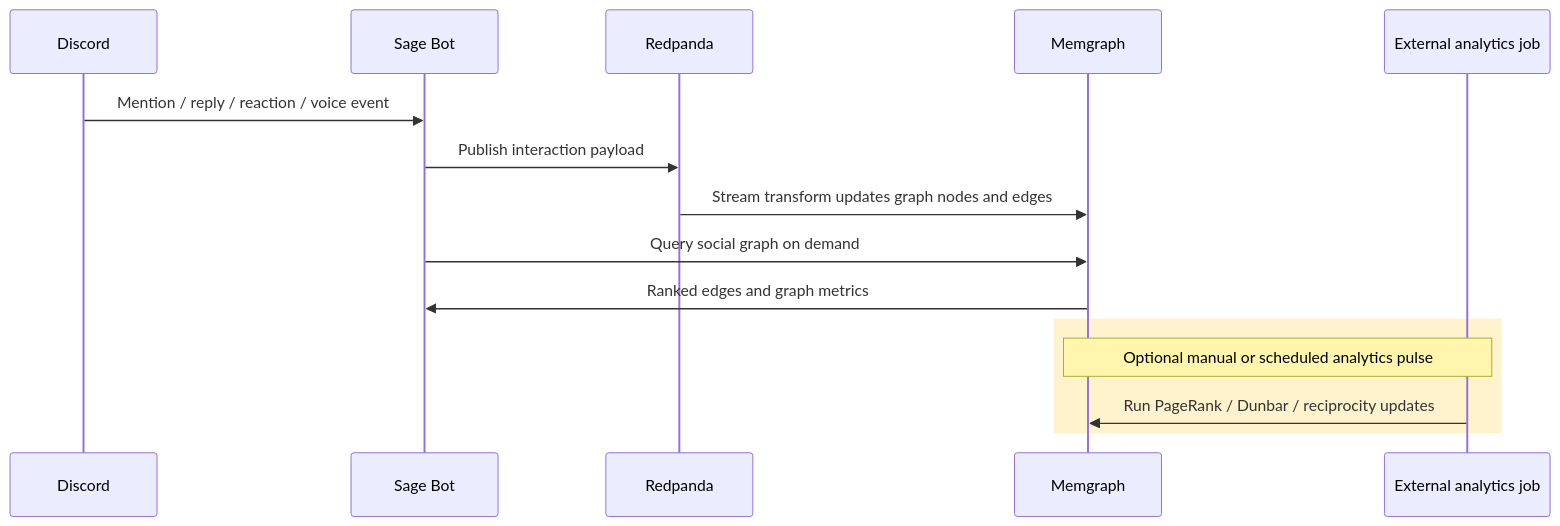
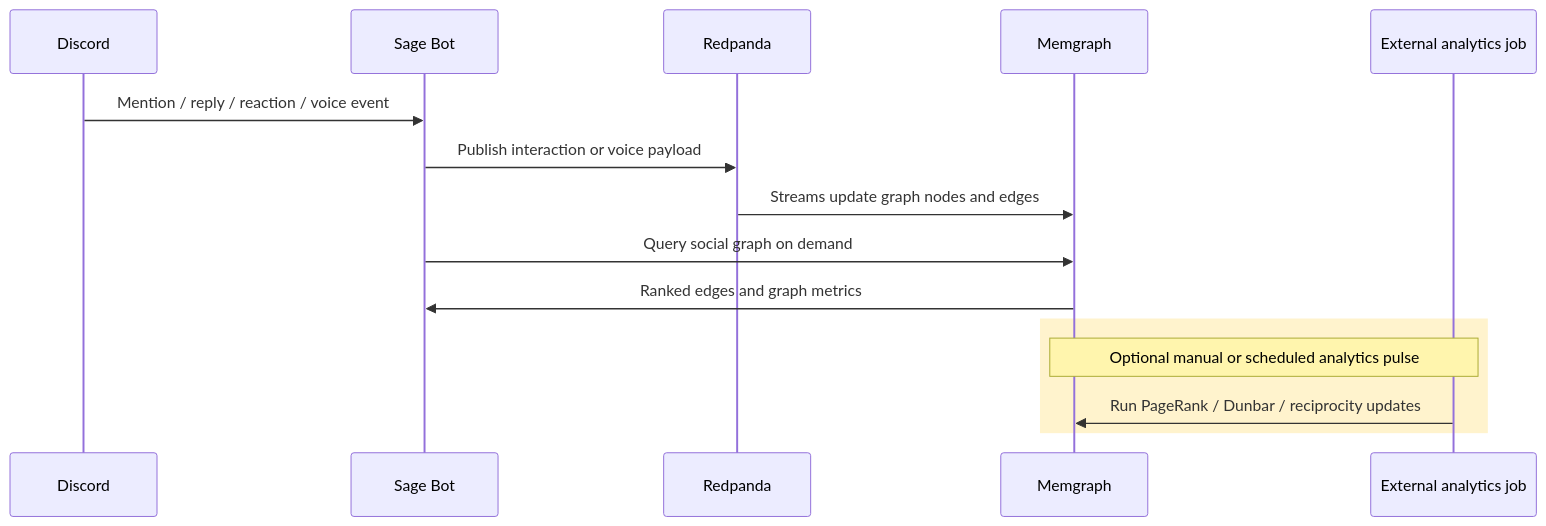
The second of 2 diagrams in docs/architecture/SOCIAL_GRAPH.md (BokX1/Sage), drawn with Mermaid before and after one commit. The commit also changed other lines of this file and 3 other files, not shown here.

Commit message:
docs: repair mermaid rendering and readme links

````diff
--- a/docs/architecture/SOCIAL_GRAPH.md
+++ b/docs/architecture/SOCIAL_GRAPH.md
@@ -124,19 +124,19 @@
 ```mermaid
 sequenceDiagram
     participant D as Discord
     participant B as Sage Bot
     participant K as Redpanda
     participant M as Memgraph
     participant J as External analytics job
 
     D->>B: Mention / reply / reaction / voice event
-    B->>K: Publish interaction payload
-    K->>M: Stream transform updates graph nodes and edges
+    B->>K: Publish interaction or voice payload
+    K->>M: Streams update graph nodes and edges
     B->>M: Query social graph on demand
     M->>B: Ranked edges and graph metrics
 
     rect rgb(255, 243, 205)
         Note over J,M: Optional manual or scheduled analytics pulse
         J->>M: Run PageRank / Dunbar / reciprocity updates
     end
 ```
````
